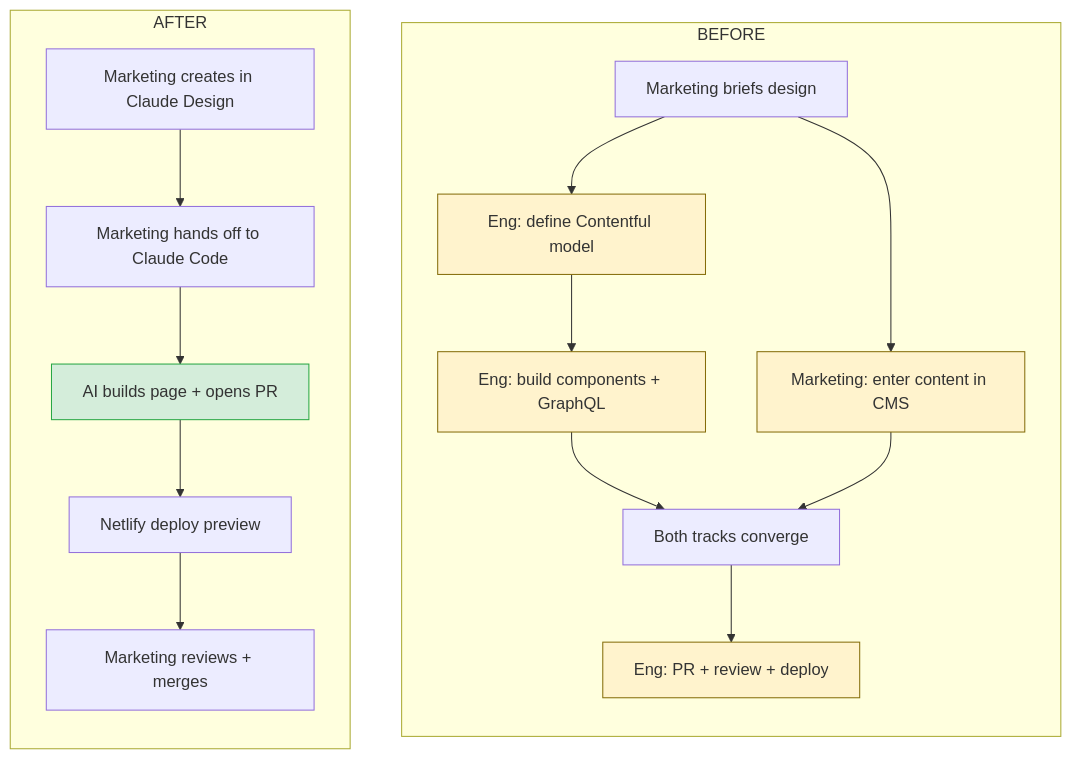
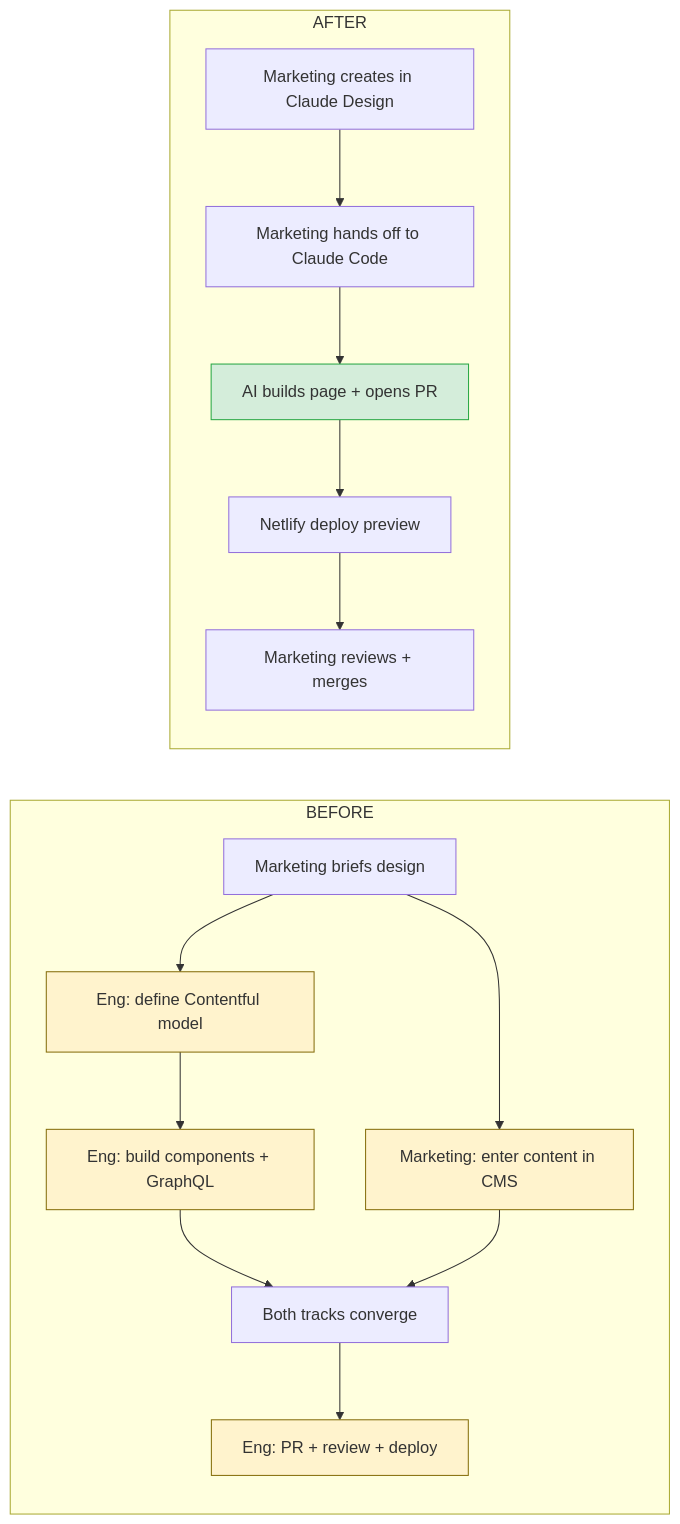
Before and after one commit to phil-inc/phil-us-contentful: the fifth of 9 diagrams in docs/proposal-remove-contentful.md, drawn with Mermaid.

Commit message:
docs: make before/after diagram side-by-side layout

````diff
--- a/docs/proposal-remove-contentful.md
+++ b/docs/proposal-remove-contentful.md
@@ -107,31 +107,31 @@
 ```mermaid
-flowchart TB
+flowchart LR
     subgraph before["BEFORE"]
         direction TB
         B1["Marketing briefs design"]
         B2["Eng: define Contentful model"]
         B3["Eng: build components + GraphQL"]
         B4["Marketing: enter content in CMS"]
         B5["Both tracks converge"]
         B6["Eng: PR + review + deploy"]
         B1 --> B2 --> B3 --> B5
         B1 --> B4 --> B5
         B5 --> B6
     end
 
     subgraph after["AFTER"]
         direction TB
         A1["Marketing creates in Claude Design"]
         A2["Marketing hands off to Claude Code"]
         A3["AI builds page + opens PR"]
         A4["Netlify deploy preview"]
         A5["Marketing reviews + merges"]
         A1 --> A2 --> A3 --> A4 --> A5
     end
 
     style B2 fill:#fff3cd,stroke:#856d0a
     style B3 fill:#fff3cd,stroke:#856d0a
     style B4 fill:#fff3cd,stroke:#856d0a
     style B6 fill:#fff3cd,stroke:#856d0a
     style A3 fill:#d4edda,stroke:#28a745
 ```
````
